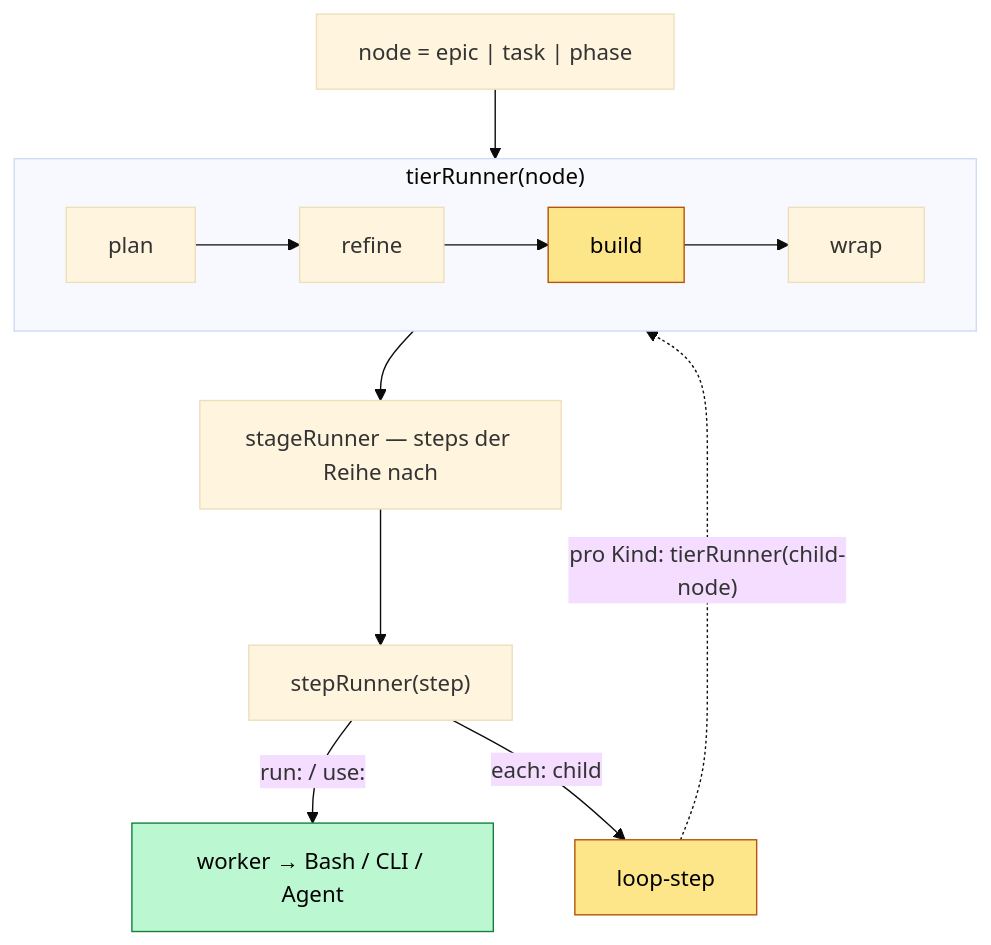
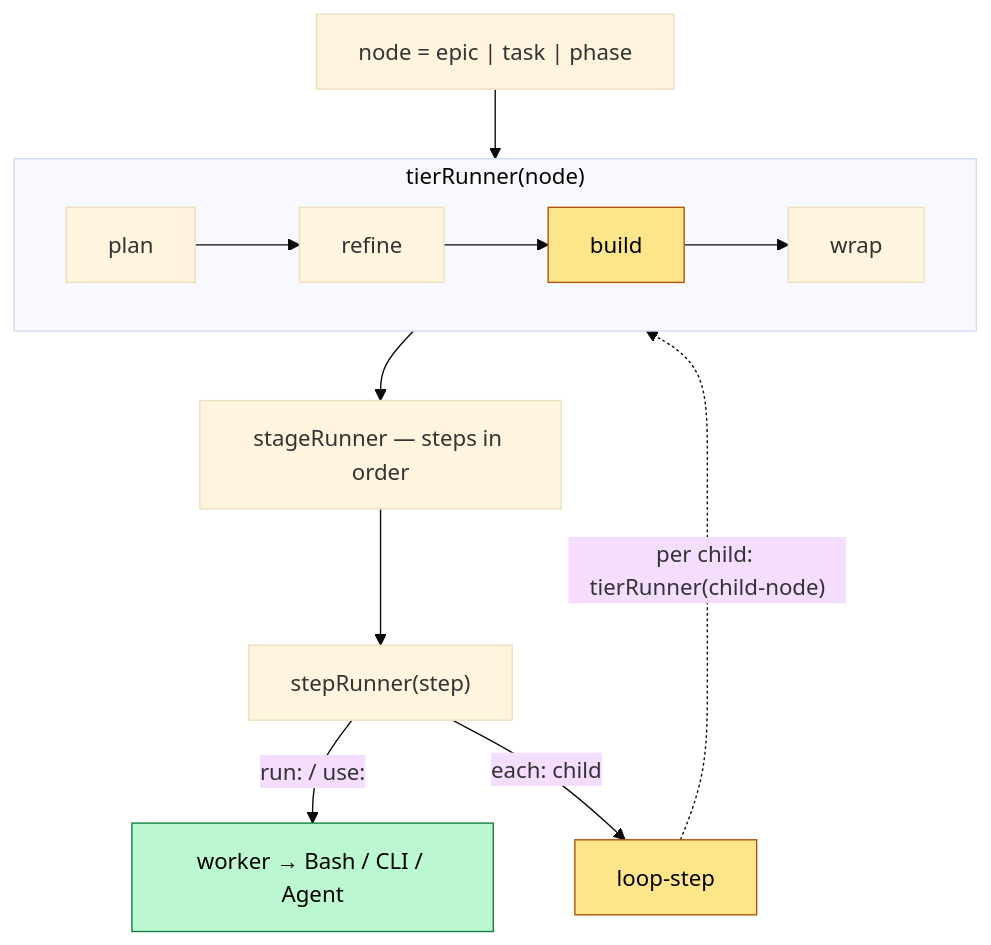
One commit to chafoo/anchored changed the first of 2 diagrams in docs/design/engine-architecture.md. Above: the diagram before and after it, drawn with Mermaid (base theme). The commit also changed other lines of this file and 131 other files, not shown here.

````diff
--- a/docs/design/engine-architecture.md
+++ b/docs/design/engine-architecture.md
@@ -27,18 +26,18 @@
 ```mermaid
 flowchart TB
     classDef loop fill:#fde68a,stroke:#b45309,color:#000;
     classDef leaf fill:#bbf7d0,stroke:#15803d,color:#000;
 
     N["node = epic | task | phase"] --> TIER
 
     subgraph TIER["tierRunner(node)"]
         direction LR
         PL["plan"] --> RF["refine"] --> BD["build"]:::loop --> WR["wrap"]
     end
 
-    BD --> STG["stageRunner — steps der Reihe nach"]
+    BD --> STG["stageRunner — steps in order"]
     STG --> STP["stepRunner(step)"]
     STP -->|"run: / use:"| WK["worker → Bash / CLI / Agent"]:::leaf
     STP -->|"each: child"| LP["loop-step"]:::loop
-    LP -. "pro Kind: tierRunner(child-node)" .-> TIER
+    LP -. "per child: tierRunner(child-node)" .-> TIER
 ```
````
